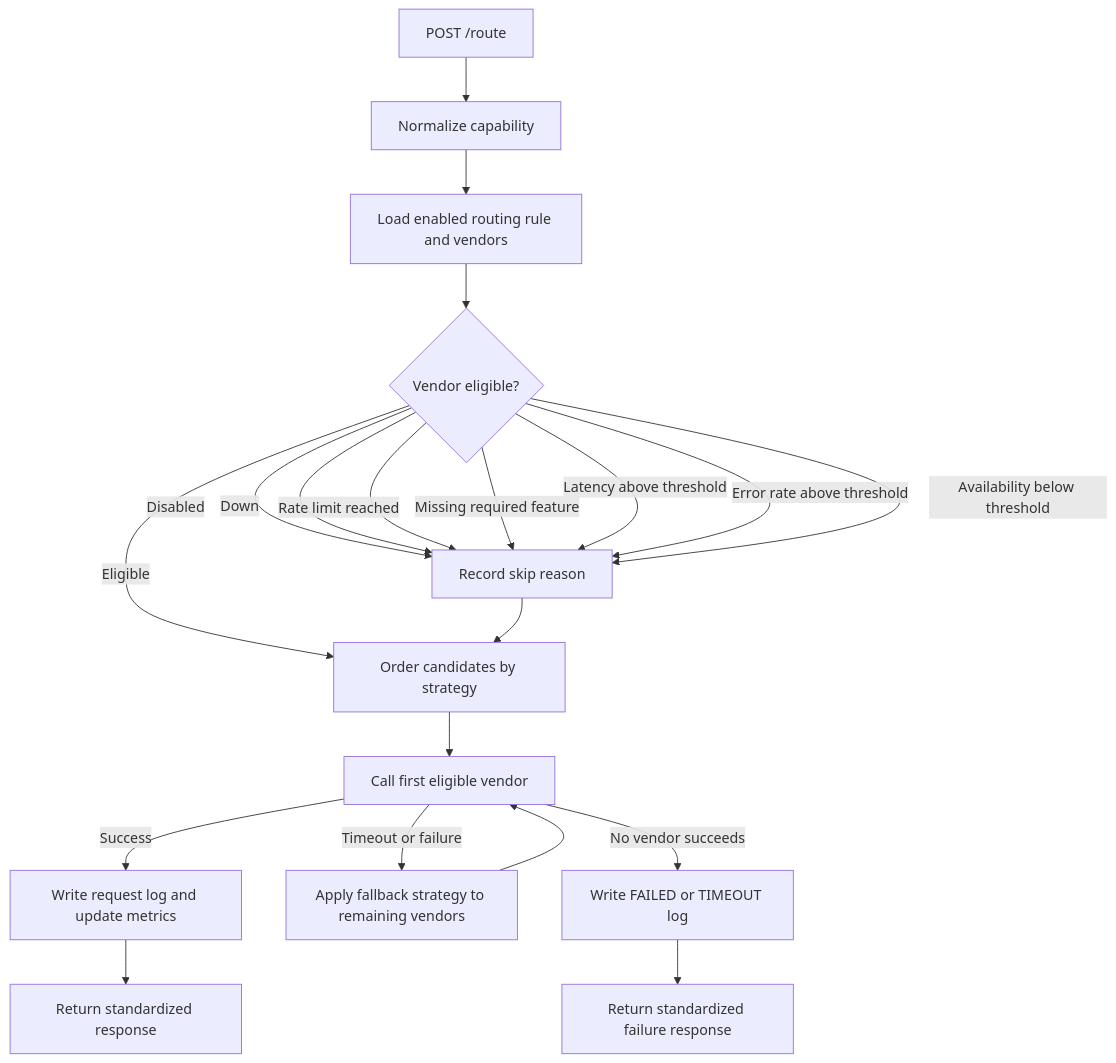
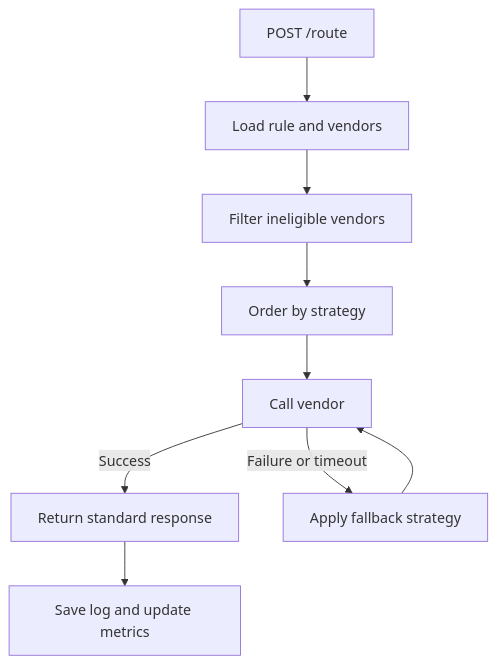
Before and after one commit to Sriman2517/VendorSwitch: the second of 2 diagrams in ARCHITECTURE.md, drawn with Mermaid. The commit also changed other lines of this file, not shown here.

````diff
--- a/ARCHITECTURE.md
+++ b/ARCHITECTURE.md
@@ -44,24 +32,11 @@
 ```mermaid
 flowchart TD
-  Start[POST /route] --> Capability[Normalize capability]
-  Capability --> Load[Load enabled routing rule and vendors]
-  Load --> Eligibility{Vendor eligible?}
-
-  Eligibility -->|Disabled| Skip[Record skip reason]
-  Eligibility -->|Down| Skip
-  Eligibility -->|Rate limit reached| Skip
-  Eligibility -->|Missing required feature| Skip
-  Eligibility -->|Latency above threshold| Skip
-  Eligibility -->|Error rate above threshold| Skip
-  Eligibility -->|Availability below threshold| Skip
-  Eligibility -->|Eligible| Order[Order candidates by strategy]
-
-  Skip --> Order
-  Order --> Try[Call first eligible vendor]
-  Try -->|Success| LogSuccess[Write request log and update metrics]
-  Try -->|Timeout or failure| Fallback[Apply fallback strategy to remaining vendors]
-  Fallback --> Try
-  LogSuccess --> Response[Return standardized response]
-  Try -->|No vendor succeeds| LogFailure[Write FAILED or TIMEOUT log]
-  LogFailure --> ErrorResponse[Return standardized failure response]
+  A[POST /route] --> B[Load rule and vendors]
+  B --> C[Filter ineligible vendors]
+  C --> D[Order by strategy]
+  D --> E[Call vendor]
+  E -->|Success| F[Return standard response]
+  E -->|Failure or timeout| G[Apply fallback strategy]
+  G --> E
+  F --> H[Save log and update metrics]
 ```
````
